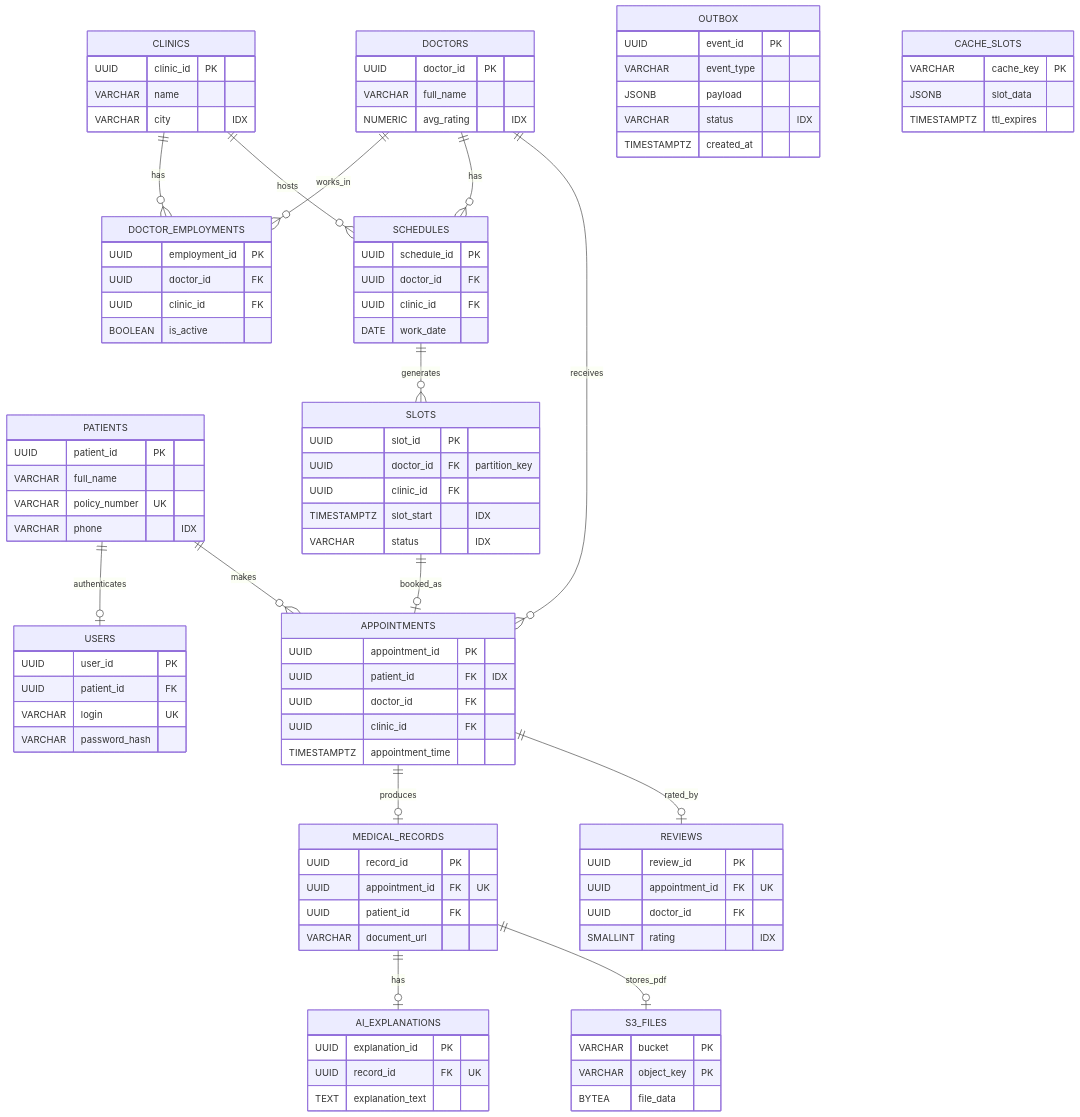
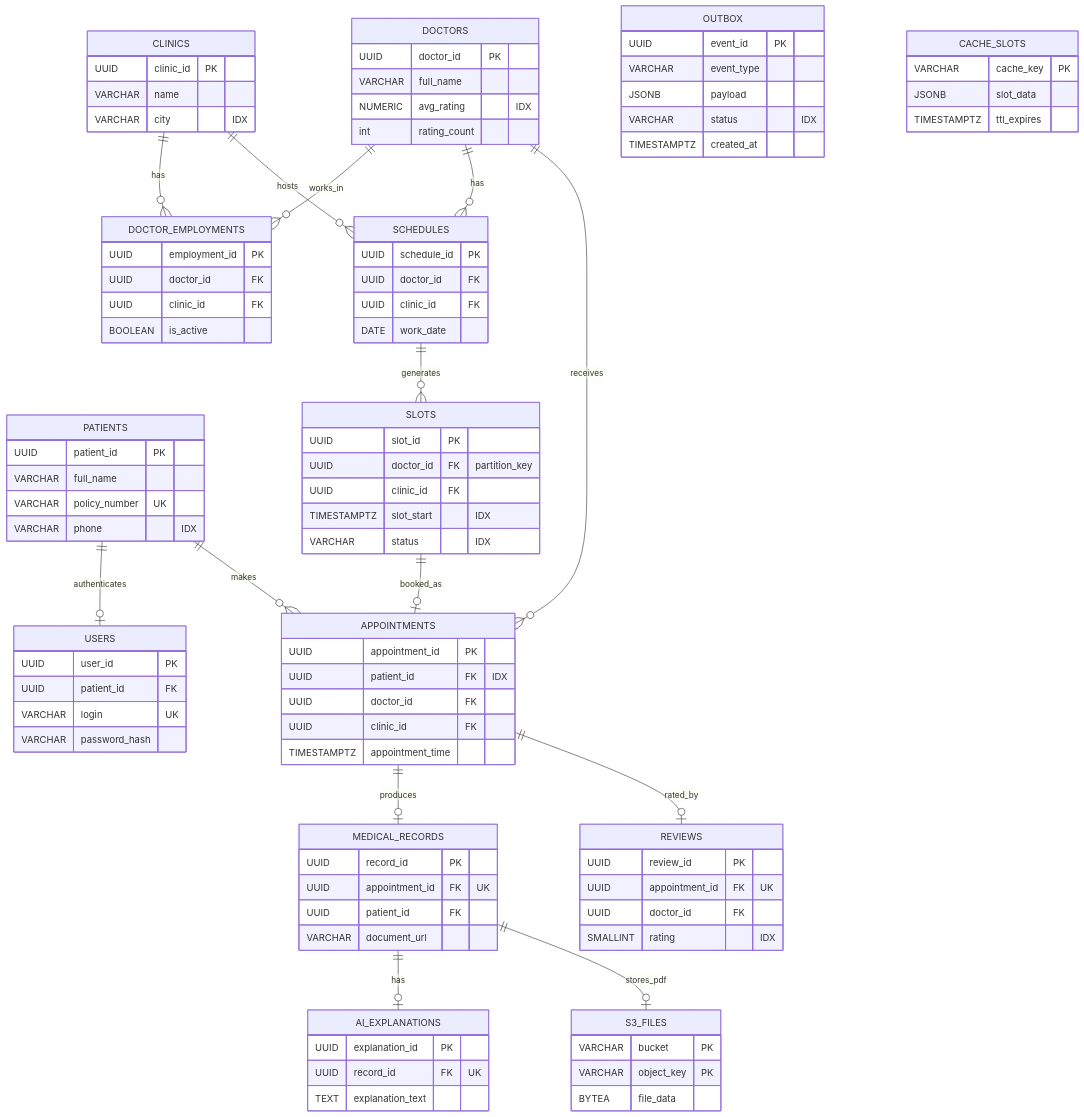
The second of 2 diagrams in README.md (jmark1518/highload_2026), drawn with Mermaid before and after one commit. The commit also changed other lines of this file, not shown here.

```diff
--- a/README.md
+++ b/README.md
@@ -479,6 +480,7 @@
         UUID doctor_id PK
         VARCHAR full_name
         NUMERIC avg_rating "IDX"
+        int rating_count
     }
     CLINICS {
         UUID clinic_id PK
```
